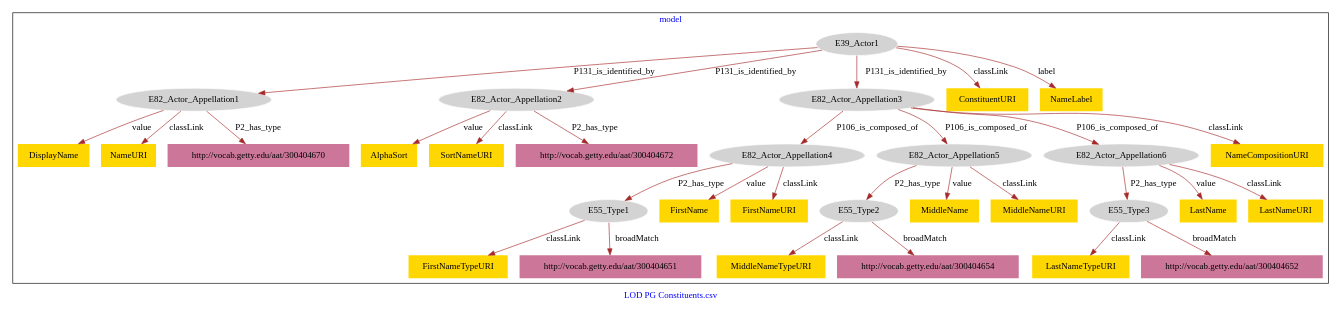
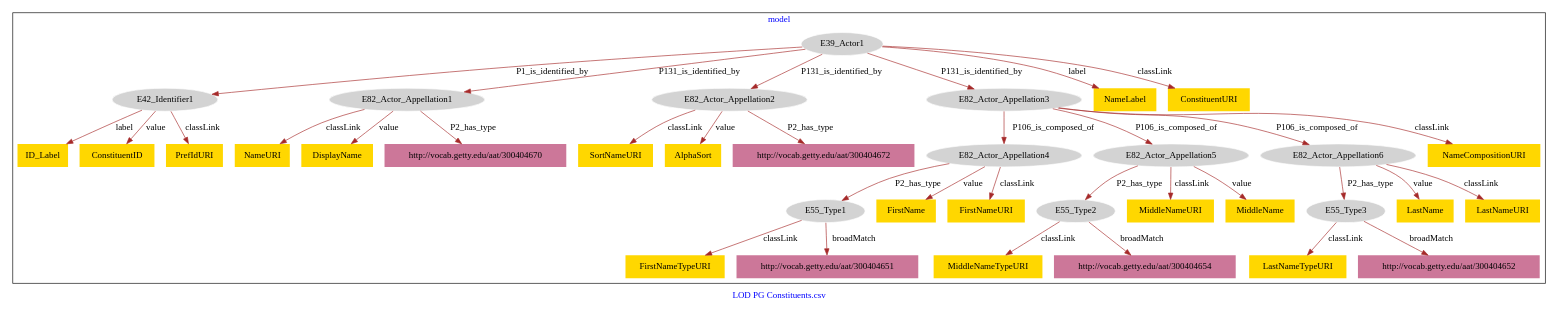
One commit to american-art/cbm changed the diagram in PG_Constituents/PG_Constituents-model.dot. Above: the diagram before and after it, drawn with Graphviz.

Commit message:
Update file PG_Constituents-model.dot

```diff
--- a/PG_Constituents/PG_Constituents-model.dot
+++ b/PG_Constituents/PG_Constituents-model.dot
@@ -1,69 +1,77 @@
 digraph n0 {
 fontcolor="blue"
 remincross="true"
 label="LOD PG Constituents.csv"
 subgraph cluster {
 label="model"
 n2[style="filled",color="white",fillcolor="lightgray",label="E39_Actor1"];
-n3[style="filled",color="white",fillcolor="lightgray",label="E82_Actor_Appellation1"];
-n4[style="filled",color="white",fillcolor="lightgray",label="E82_Actor_Appellation2"];
-n5[style="filled",color="white",fillcolor="lightgray",label="E82_Actor_Appellation3"];
-n6[style="filled",color="white",fillcolor="lightgray",label="E82_Actor_Appellation4"];
-n7[style="filled",color="white",fillcolor="lightgray",label="E82_Actor_Appellation5"];
-n8[style="filled",color="white",fillcolor="lightgray",label="E82_Actor_Appellation6"];
-n9[style="filled",color="white",fillcolor="lightgray",label="E55_Type1"];
-n10[style="filled",color="white",fillcolor="lightgray",label="E55_Type2"];
-n11[style="filled",color="white",fillcolor="lightgray",label="E55_Type3"];
-n12[shape="plaintext",style="filled",fillcolor="gold",label="FirstName"];
-n13[shape="plaintext",style="filled",fillcolor="gold",label="MiddleName"];
-n14[shape="plaintext",style="filled",fillcolor="gold",label="LastNameTypeURI"];
-n15[shape="plaintext",style="filled",fillcolor="gold",label="LastName"];
-n16[shape="plaintext",style="filled",fillcolor="gold",label="NameCompositionURI"];
-n17[shape="plaintext",style="filled",fillcolor="gold",label="ConstituentURI"];
-n18[shape="plaintext",style="filled",fillcolor="gold",label="DisplayName"];
-n19[shape="plaintext",style="filled",fillcolor="gold",label="FirstNameURI"];
-n20[shape="plaintext",style="filled",fillcolor="gold",label="LastNameURI"];
-n21[shape="plaintext",style="filled",fillcolor="gold",label="MiddleNameURI"];
-n22[shape="plaintext",style="filled",fillcolor="gold",label="AlphaSort"];
-n23[shape="plaintext",style="filled",fillcolor="gold",label="MiddleNameTypeURI"];
-n24[shape="plaintext",style="filled",fillcolor="gold",label="NameLabel"];
+n3[style="filled",color="white",fillcolor="lightgray",label="E42_Identifier1"];
+n4[style="filled",color="white",fillcolor="lightgray",label="E82_Actor_Appellation1"];
+n5[style="filled",color="white",fillcolor="lightgray",label="E82_Actor_Appellation2"];
+n6[style="filled",color="white",fillcolor="lightgray",label="E82_Actor_Appellation3"];
+n7[style="filled",color="white",fillcolor="lightgray",label="E82_Actor_Appellation4"];
+n8[style="filled",color="white",fillcolor="lightgray",label="E82_Actor_Appellation5"];
+n9[style="filled",color="white",fillcolor="lightgray",label="E82_Actor_Appellation6"];
+n10[style="filled",color="white",fillcolor="lightgray",label="E55_Type1"];
+n11[style="filled",color="white",fillcolor="lightgray",label="E55_Type2"];
+n12[style="filled",color="white",fillcolor="lightgray",label="E55_Type3"];
+n13[shape="plaintext",style="filled",fillcolor="gold",label="SortNameURI"];
+n14[shape="plaintext",style="filled",fillcolor="gold",label="NameURI"];
+n15[shape="plaintext",style="filled",fillcolor="gold",label="MiddleNameTypeURI"];
+n16[shape="plaintext",style="filled",fillcolor="gold",label="AlphaSort"];
+n17[shape="plaintext",style="filled",fillcolor="gold",label="MiddleNameURI"];
+n18[shape="plaintext",style="filled",fillcolor="gold",label="NameLabel"];
+n19[shape="plaintext",style="filled",fillcolor="gold",label="ID_Label"];
+n20[shape="plaintext",style="filled",fillcolor="gold",label="MiddleName"];
+n21[shape="plaintext",style="filled",fillcolor="gold",label="FirstName"];
+n22[shape="plaintext",style="filled",fillcolor="gold",label="NameCompositionURI"];
+n23[shape="plaintext",style="filled",fillcolor="gold",label="LastName"];
+n24[shape="plaintext",style="filled",fillcolor="gold",label="ConstituentID"];
 n25[shape="plaintext",style="filled",fillcolor="gold",label="FirstNameTypeURI"];
-n26[shape="plaintext",style="filled",fillcolor="gold",label="SortNameURI"];
-n27[shape="plaintext",style="filled",fillcolor="gold",label="NameURI"];
-n28[shape="plaintext",style="filled",fillcolor="#CC7799",label="http://vocab.getty.edu/aat/300404670"];
-n29[shape="plaintext",style="filled",fillcolor="#CC7799",label="http://vocab.getty.edu/aat/300404651"];
-n30[shape="plaintext",style="filled",fillcolor="#CC7799",label="http://vocab.getty.edu/aat/300404672"];
-n31[shape="plaintext",style="filled",fillcolor="#CC7799",label="http://vocab.getty.edu/aat/300404654"];
-n32[shape="plaintext",style="filled",fillcolor="#CC7799",label="http://vocab.getty.edu/aat/300404652"];
+n26[shape="plaintext",style="filled",fillcolor="gold",label="ConstituentURI"];
+n27[shape="plaintext",style="filled",fillcolor="gold",label="FirstNameURI"];
+n28[shape="plaintext",style="filled",fillcolor="gold",label="LastNameTypeURI"];
+n29[shape="plaintext",style="filled",fillcolor="gold",label="DisplayName"];
+n30[shape="plaintext",style="filled",fillcolor="gold",label="LastNameURI"];
+n31[shape="plaintext",style="filled",fillcolor="gold",label="PrefIdURI"];
+n32[shape="plaintext",style="filled",fillcolor="#CC7799",label="http://vocab.getty.edu/aat/300404670"];
+n33[shape="plaintext",style="filled",fillcolor="#CC7799",label="http://vocab.getty.edu/aat/300404651"];
+n34[shape="plaintext",style="filled",fillcolor="#CC7799",label="http://vocab.getty.edu/aat/300404672"];
+n35[shape="plaintext",style="filled",fillcolor="#CC7799",label="http://vocab.getty.edu/aat/300404654"];
+n36[shape="plaintext",style="filled",fillcolor="#CC7799",label="http://vocab.getty.edu/aat/300404652"];
 }
-n2 -> n3[color="brown",fontcolor="black",label="P131_is_identified_by"]
+n2 -> n3[color="brown",fontcolor="black",label="P1_is_identified_by"]
 n2 -> n4[color="brown",fontcolor="black",label="P131_is_identified_by"]
 n2 -> n5[color="brown",fontcolor="black",label="P131_is_identified_by"]
-n5 -> n6[color="brown",fontcolor="black",label="P106_is_composed_of"]
-n5 -> n7[color="brown",fontcolor="black",label="P106_is_composed_of"]
-n5 -> n8[color="brown",fontcolor="black",label="P106_is_composed_of"]
-n6 -> n9[color="brown",fontcolor="black",label="P2_has_type"]
+n2 -> n6[color="brown",fontcolor="black",label="P131_is_identified_by"]
+n6 -> n7[color="brown",fontcolor="black",label="P106_is_composed_of"]
+n6 -> n8[color="brown",fontcolor="black",label="P106_is_composed_of"]
+n6 -> n9[color="brown",fontcolor="black",label="P106_is_composed_of"]
 n7 -> n10[color="brown",fontcolor="black",label="P2_has_type"]
 n8 -> n11[color="brown",fontcolor="black",label="P2_has_type"]
-n6 -> n12[color="brown",fontcolor="black",label="value"]
-n7 -> n13[color="brown",fontcolor="black",label="value"]
-n11 -> n14[color="brown",fontcolor="black",label="classLink"]
-n8 -> n15[color="brown",fontcolor="black",label="value"]
-n5 -> n16[color="brown",fontcolor="black",label="classLink"]
-n2 -> n17[color="brown",fontcolor="black",label="classLink"]
-n3 -> n18[color="brown",fontcolor="black",label="value"]
-n6 -> n19[color="brown",fontcolor="black",label="classLink"]
-n8 -> n20[color="brown",fontcolor="black",label="classLink"]
-n7 -> n21[color="brown",fontcolor="black",label="classLink"]
-n4 -> n22[color="brown",fontcolor="black",label="value"]
-n10 -> n23[color="brown",fontcolor="black",label="classLink"]
-n2 -> n24[color="brown",fontcolor="black",label="label"]
-n9 -> n25[color="brown",fontcolor="black",label="classLink"]
-n4 -> n26[color="brown",fontcolor="black",label="classLink"]
-n3 -> n27[color="brown",fontcolor="black",label="classLink"]
-n3 -> n28[color="brown",fontcolor="black",label="P2_has_type"]
-n9 -> n29[color="brown",fontcolor="black",label="broadMatch"]
-n4 -> n30[color="brown",fontcolor="black",label="P2_has_type"]
-n10 -> n31[color="brown",fontcolor="black",label="broadMatch"]
-n11 -> n32[color="brown",fontcolor="black",label="broadMatch"]
+n9 -> n12[color="brown",fontcolor="black",label="P2_has_type"]
+n5 -> n13[color="brown",fontcolor="black",label="classLink"]
+n4 -> n14[color="brown",fontcolor="black",label="classLink"]
+n11 -> n15[color="brown",fontcolor="black",label="classLink"]
+n5 -> n16[color="brown",fontcolor="black",label="value"]
+n8 -> n17[color="brown",fontcolor="black",label="classLink"]
+n2 -> n18[color="brown",fontcolor="black",label="label"]
+n3 -> n19[color="brown",fontcolor="black",label="label"]
+n8 -> n20[color="brown",fontcolor="black",label="value"]
+n7 -> n21[color="brown",fontcolor="black",label="value"]
+n6 -> n22[color="brown",fontcolor="black",label="classLink"]
+n9 -> n23[color="brown",fontcolor="black",label="value"]
+n3 -> n24[color="brown",fontcolor="black",label="value"]
+n10 -> n25[color="brown",fontcolor="black",label="classLink"]
+n2 -> n26[color="brown",fontcolor="black",label="classLink"]
+n7 -> n27[color="brown",fontcolor="black",label="classLink"]
+n12 -> n28[color="brown",fontcolor="black",label="classLink"]
+n4 -> n29[color="brown",fontcolor="black",label="value"]
+n9 -> n30[color="brown",fontcolor="black",label="classLink"]
+n3 -> n31[color="brown",fontcolor="black",label="classLink"]
+n4 -> n32[color="brown",fontcolor="black",label="P2_has_type"]
+n10 -> n33[color="brown",fontcolor="black",label="broadMatch"]
+n5 -> n34[color="brown",fontcolor="black",label="P2_has_type"]
+n11 -> n35[color="brown",fontcolor="black",label="broadMatch"]
+n12 -> n36[color="brown",fontcolor="black",label="broadMatch"]
 }
```
